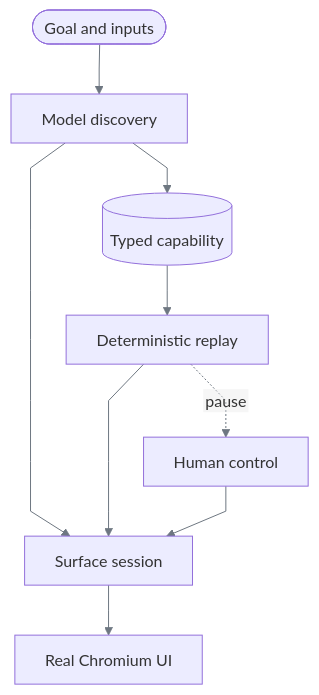
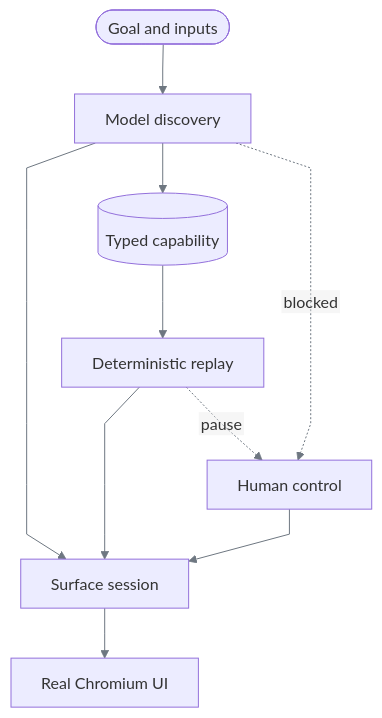
The diagram in REPORT.md (SivaTSS/replay-forge), drawn with Mermaid before and after one commit. The commit also changed other lines of this file and 23 other files, not shown here.

````diff
--- a/REPORT.md
+++ b/REPORT.md
@@ -15,12 +15,13 @@
 ```mermaid
 %%{init: {"htmlLabels":false,"themeVariables":{"lineColor":"#6E7781","signalColor":"#6E7781"},"flowchart":{"curve":"linear"},"sequence":{"wrap":true}}}%%
 flowchart TB
     G([Goal and inputs]) --> D[Model discovery]
     D --> A[(Typed capability)]
     A --> R[Deterministic replay]
     D --> S[Surface session]
     R --> S
     S --> B[Real Chromium UI]
     R -. pause .-> H[Human control]
+    D -. blocked .-> H
     H --> S
 ```
````
